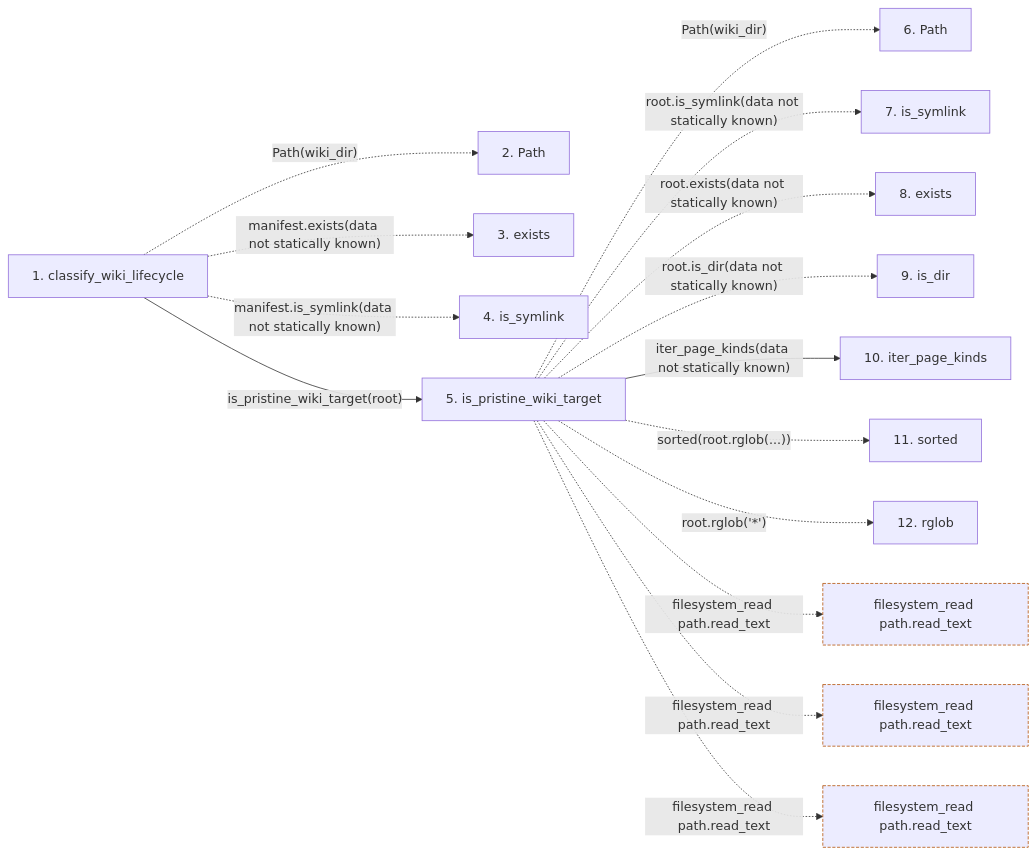
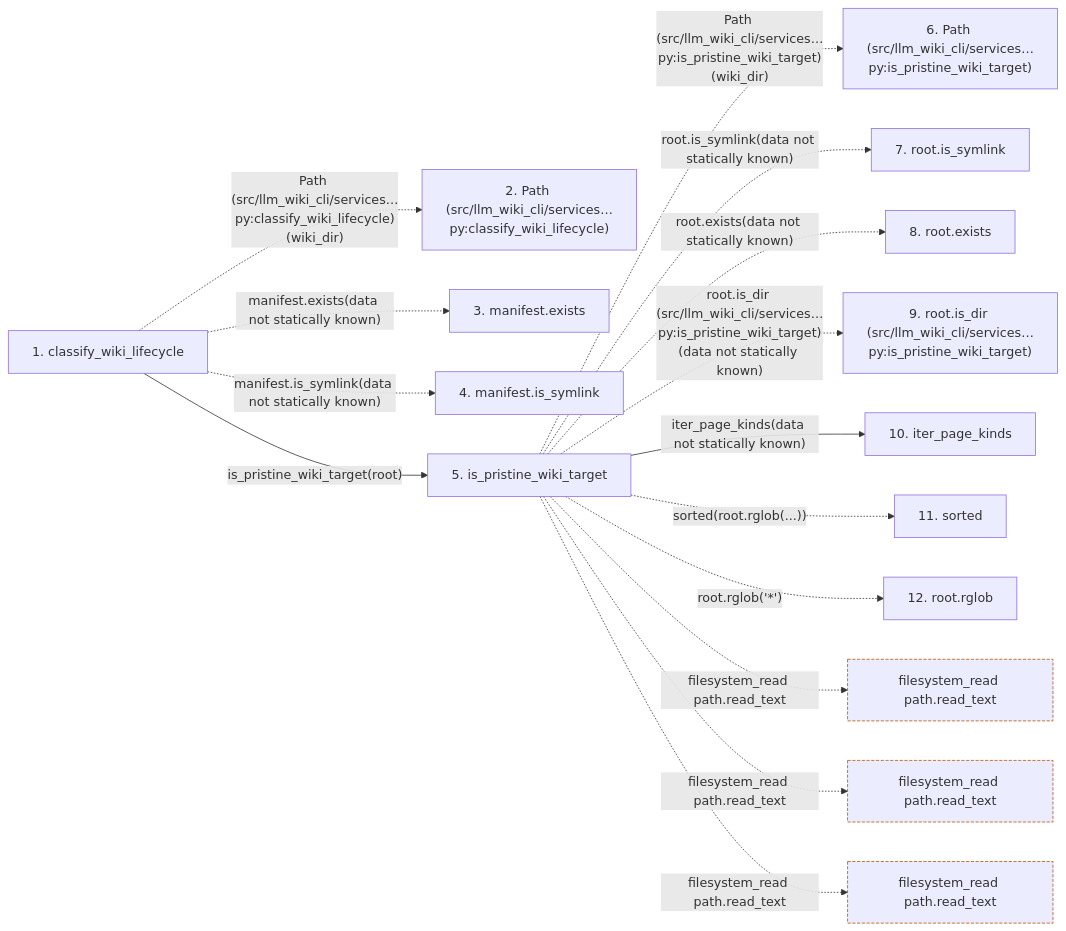
One commit to Denissvgn/python-wiki-llm changed the second of 2 diagrams in docs/llm_wiki/flows/api-classify_wiki_lifecycle.md. Above: the diagram before and after it, drawn with Mermaid. The commit also changed other lines of this file and 719 other files, not shown here.

````diff
--- a/docs/llm_wiki/flows/api-classify_wiki_lifecycle.md
+++ b/docs/llm_wiki/flows/api-classify_wiki_lifecycle.md
@@ -70,39 +75,39 @@
 ```mermaid
 flowchart LR
     s1["1. classify_wiki_lifecycle"]
-    s2["2. Path"]
-    s3["3. exists"]
-    s4["4. is_symlink"]
+    s2["2. Path (src/llm_wiki_cli/services…py:classify_wiki_lifecycle)"]
+    s3["3. manifest.exists"]
+    s4["4. manifest.is_symlink"]
     s5["5. is_pristine_wiki_target"]
-    s6["6. Path"]
-    s7["7. is_symlink"]
-    s8["8. exists"]
-    s9["9. is_dir"]
+    s6["6. Path (src/llm_wiki_cli/services…py:is_pristine_wiki_target)"]
+    s7["7. root.is_symlink"]
+    s8["8. root.exists"]
+    s9["9. root.is_dir (src/llm_wiki_cli/services…py:is_pristine_wiki_target)"]
     s10["10. iter_page_kinds"]
     s11["11. sorted"]
-    s12["12. rglob"]
-    s1 -. "Path(wiki_dir)" .-> s2
+    s12["12. root.rglob"]
+    s1 -. "Path (src/llm_wiki_cli/services…py:classify_wiki_lifecycle)(wiki_dir)" .-> s2
     s1 -. "manifest.exists(data not statically known)" .-> s3
     s1 -. "manifest.is_symlink(data not statically known)" .-> s4
     s1 -->|"is_pristine_wiki_target(root)"| s5
-    s5 -. "Path(wiki_dir)" .-> s6
+    s5 -. "Path (src/llm_wiki_cli/services…py:is_pristine_wiki_target)(wiki_dir)" .-> s6
     s5 -. "root.is_symlink(data not statically known)" .-> s7
     s5 -. "root.exists(data not statically known)" .-> s8
-    s5 -. "root.is_dir(data not statically known)" .-> s9
+    s5 -. "root.is_dir (src/llm_wiki_cli/services…py:is_pristine_wiki_target)(data not statically known)" .-> s9
     s5 -->|"iter_page_kinds(data not statically known)"| s10
     s5 -. "sorted(root.rglob(...))" .-> s11
     s5 -. "root.rglob('*')" .-> s12
     b0["filesystem_read path.read_text"]
     s5 -. "filesystem_read path.read_text" .-> b0
     b1["filesystem_read path.read_text"]
     s5 -. "filesystem_read path.read_text" .-> b1
     b2["filesystem_read path.read_text"]
     s5 -. "filesystem_read path.read_text" .-> b2
     click s1 "../modules/wiki_lifecycle.md"
     click s5 "../modules/wiki_lifecycle.md"
     click s10 "../modules/wiki_surface.md"
     classDef boundary stroke:#b45309,stroke-dasharray: 4 2
     class b0 boundary
     class b1 boundary
     class b2 boundary
 ```
````
